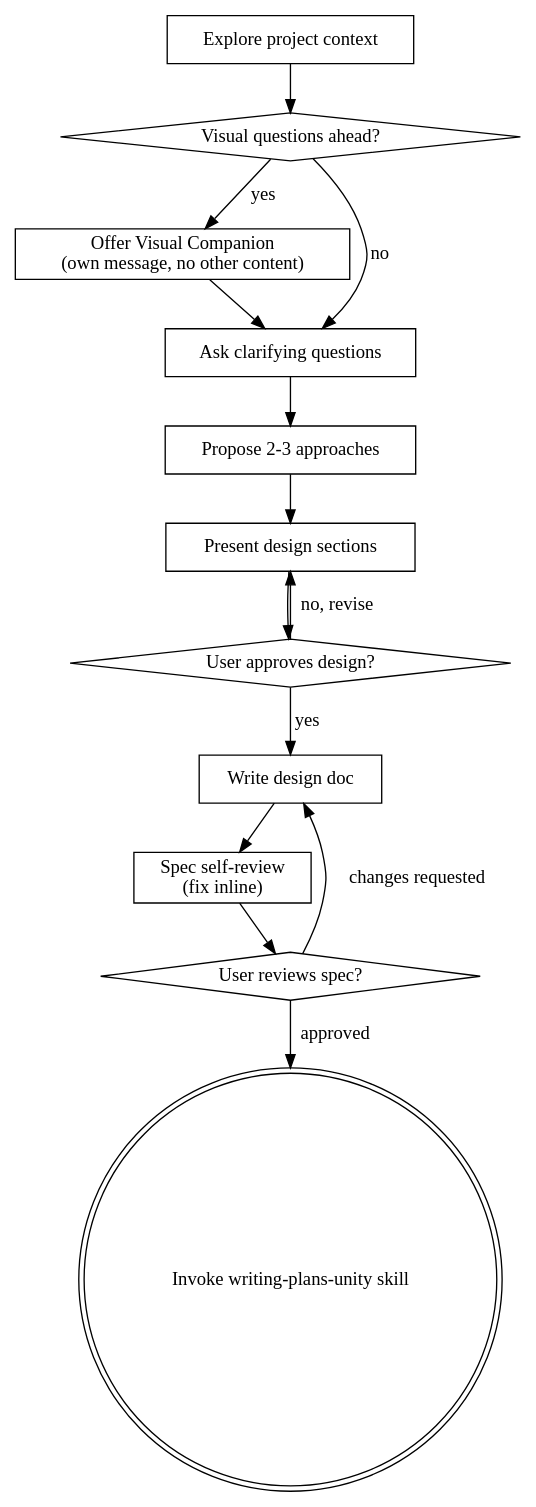
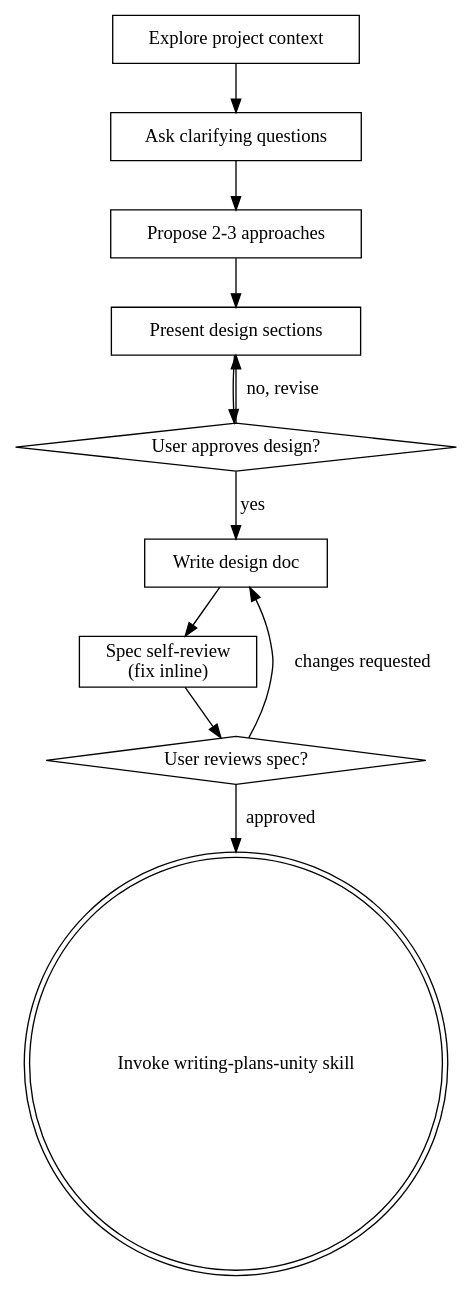
One commit to WackyGameStudio/unity-superpowers changed the diagram in skills/brainstorming-unity/SKILL.md. Above: the diagram before and after it, drawn with Graphviz. The commit also changed other lines of this file and 6 other files, not shown here.

Commit message:
Remove brainstorming visual companion

````diff
--- a/skills/brainstorming-unity/SKILL.md
+++ b/skills/brainstorming-unity/SKILL.md
@@ -74,29 +73,24 @@
 ```dot
 digraph brainstorming {
     "Explore project context" [shape=box];
-    "Visual questions ahead?" [shape=diamond];
-    "Offer Visual Companion\n(own message, no other content)" [shape=box];
     "Ask clarifying questions" [shape=box];
     "Propose 2-3 approaches" [shape=box];
     "Present design sections" [shape=box];
     "User approves design?" [shape=diamond];
     "Write design doc" [shape=box];
     "Spec self-review\n(fix inline)" [shape=box];
     "User reviews spec?" [shape=diamond];
     "Invoke writing-plans-unity skill" [shape=doublecircle];
 
-    "Explore project context" -> "Visual questions ahead?";
-    "Visual questions ahead?" -> "Offer Visual Companion\n(own message, no other content)" [label="yes"];
-    "Visual questions ahead?" -> "Ask clarifying questions" [label="no"];
-    "Offer Visual Companion\n(own message, no other content)" -> "Ask clarifying questions";
+    "Explore project context" -> "Ask clarifying questions";
     "Ask clarifying questions" -> "Propose 2-3 approaches";
     "Propose 2-3 approaches" -> "Present design sections";
     "Present design sections" -> "User approves design?";
     "User approves design?" -> "Present design sections" [label="no, revise"];
     "User approves design?" -> "Write design doc" [label="yes"];
     "Write design doc" -> "Spec self-review\n(fix inline)";
     "Spec self-review\n(fix inline)" -> "User reviews spec?";
     "User reviews spec?" -> "Write design doc" [label="changes requested"];
     "User reviews spec?" -> "Invoke writing-plans-unity skill" [label="approved"];
 }
 ```
````
